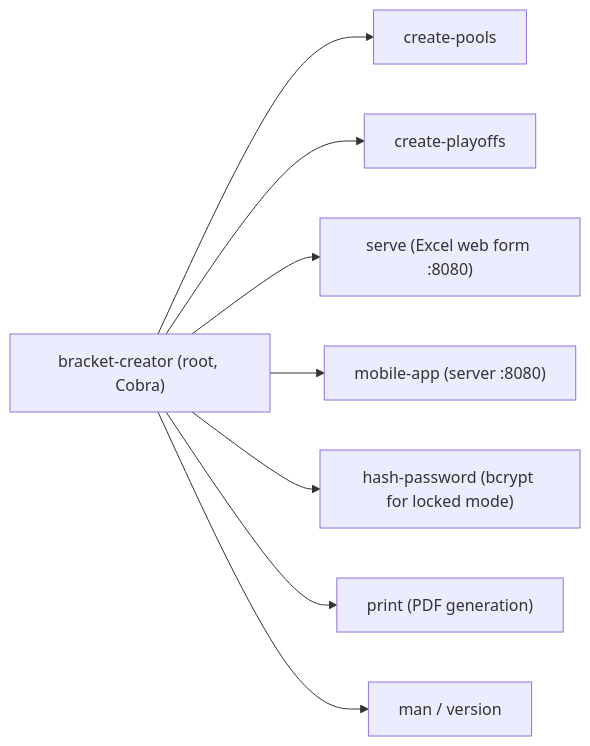
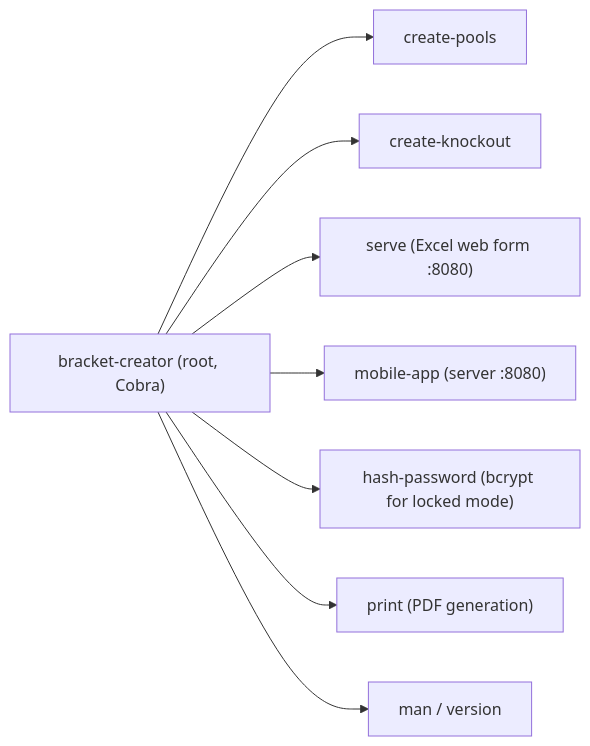
Before and after one commit to gitrgoliveira/bracket-creator: the second of 7 diagrams in docs/architecture/software-architecture.md, drawn with Mermaid. The commit also changed other lines of this file and 28 other files, not shown here.

First line of the commit message:
docs(api): rename playoffs to knockout in the spec, docs and fixtures

````diff
--- a/docs/architecture/software-architecture.md
+++ b/docs/architecture/software-architecture.md
@@ -41,11 +41,11 @@
 ```mermaid
 flowchart LR
     root["bracket-creator (root, Cobra)"]
     root --> cp["create-pools"]
-    root --> cpp["create-playoffs"]
+    root --> ck["create-knockout"]
     root --> srv["serve (Excel web form :8080)"]
     root --> ma["mobile-app (server :8080)"]
     root --> hp["hash-password (bcrypt for locked mode)"]
     root --> pr["print (PDF generation)"]
     root --> mn["man / version"]
 ```
````
